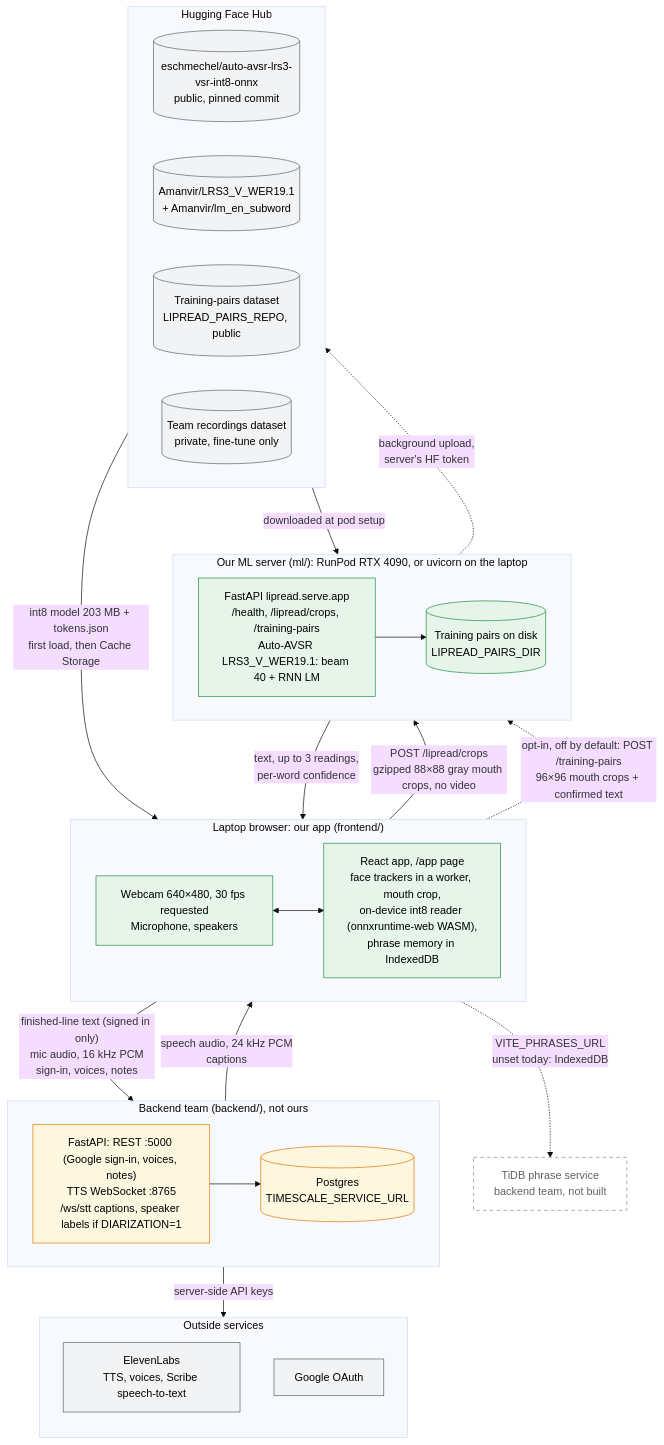
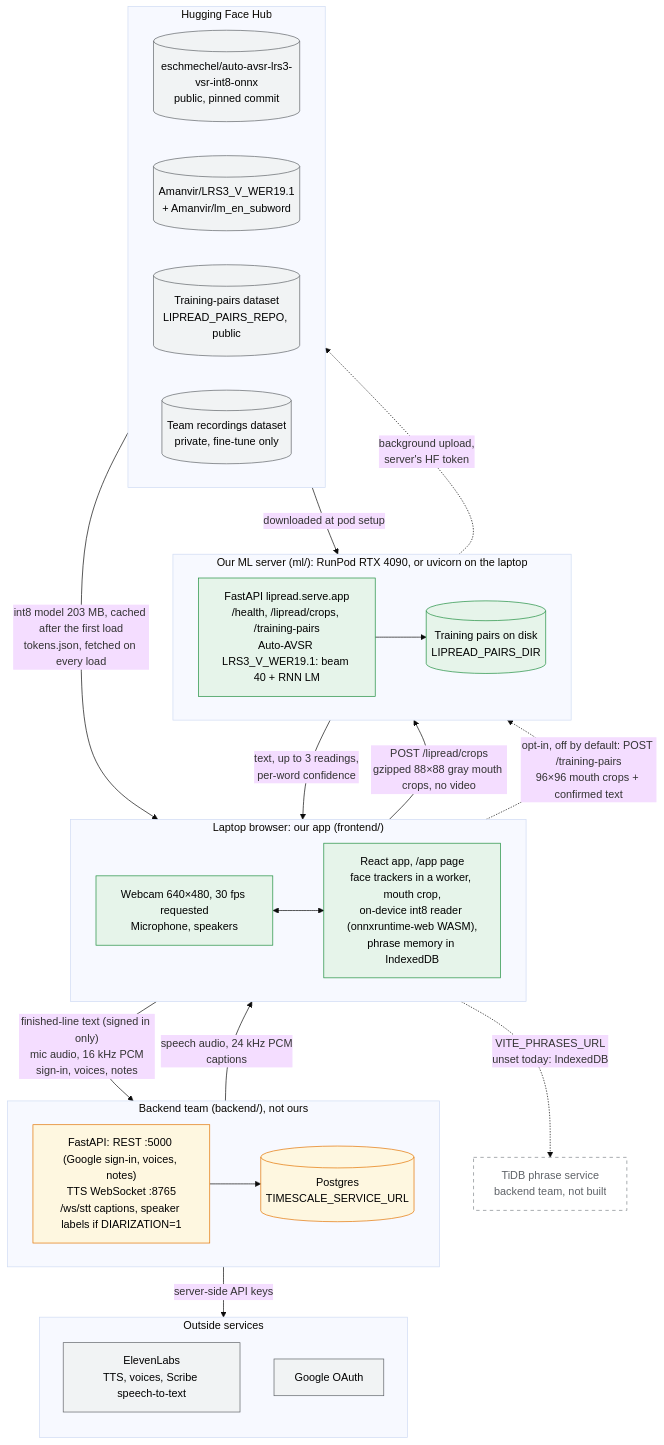
Before and after one commit to LMSAIH/stormhacks2026: the diagram in docs/architecture/system.md, drawn with Mermaid (base theme). The commit also changed other lines of this file and 9 other files, not shown here.

````diff
--- a/docs/architecture/system.md
+++ b/docs/architecture/system.md
@@ -8,59 +9,59 @@
 ```mermaid
 flowchart TB
   subgraph browser["Laptop browser: our app (frontend/)"]
     direction LR
     io["Webcam 640×480, 30 fps requested<br/>Microphone, speakers"]
     app["React app, /app page<br/>face trackers in a worker, mouth crop,<br/>on-device int8 reader (onnxruntime-web WASM),<br/>phrase memory in IndexedDB"]
     io <--> app
   end
 
   subgraph ml["Our ML server (ml/): RunPod RTX 4090, or uvicorn on the laptop"]
     direction LR
     api["FastAPI lipread.serve.app<br/>/health, /lipread/crops, /training-pairs<br/>Auto-AVSR LRS3_V_WER19.1: beam 40 + RNN LM"]
     pairs[("Training pairs on disk<br/>LIPREAD_PAIRS_DIR")]
     api --> pairs
   end
 
   subgraph be["Backend team (backend/), not ours"]
     direction LR
     backend["FastAPI: REST :5000 (Google sign-in, voices, notes)<br/>TTS WebSocket :8765<br/>/ws/stt captions, speaker labels if DIARIZATION=1"]
     db[("Postgres<br/>TIMESCALE_SERVICE_URL")]
     backend --> db
   end
 
   subgraph hf["Hugging Face Hub"]
     direction LR
     model[("eschmechel/auto-avsr-lrs3-vsr-int8-onnx<br/>public, pinned commit")]
     ckpt[("Amanvir/LRS3_V_WER19.1<br/>+ Amanvir/lm_en_subword")]
     pairsds[("Training-pairs dataset<br/>LIPREAD_PAIRS_REPO, public")]
     recds[("Team recordings dataset<br/>private, fine-tune only")]
   end
 
   subgraph ext["Outside services"]
     direction TB
     el["ElevenLabs<br/>TTS, voices, Scribe speech-to-text"]
     google["Google OAuth"]
   end
 
   tidb["TiDB phrase service<br/>backend team, not built"]
 
-  model -->|"int8 model 203 MB + tokens.json<br/>first load, then Cache Storage"| app
+  model -->|"int8 model 203 MB, cached after the first load<br/>tokens.json, fetched on every load"| app
   app -->|"POST /lipread/crops<br/>gzipped 88×88 gray mouth crops, no video"| api
   api -->|"text, up to 3 readings,<br/>per-word confidence"| app
   app -.->|"opt-in, off by default: POST /training-pairs<br/>96×96 mouth crops + confirmed text"| api
   pairs -.->|"background upload,<br/>server's HF token"| pairsds
   ckpt -->|"downloaded at pod setup"| api
   app -->|"finished-line text (signed in only)<br/>mic audio, 16 kHz PCM<br/>sign-in, voices, notes"| backend
   backend -->|"speech audio, 24 kHz PCM<br/>captions"| app
   backend -->|"server-side API keys"| ext
   app -.->|"VITE_PHRASES_URL<br/>unset today: IndexedDB"| tidb
 
   classDef ours fill:#e6f4ea,stroke:#1e8e3e,color:#000
   classDef backendteam fill:#fef7e0,stroke:#e37400,color:#000
   classDef outside fill:#f1f3f4,stroke:#5f6368,color:#000
   classDef planned fill:#ffffff,stroke:#80868b,stroke-dasharray:5 5,color:#5f6368
   class io,app,api,pairs ours
   class backend,db backendteam
   class el,google,model,ckpt,pairsds,recds outside
   class tidb planned
 ```
````
